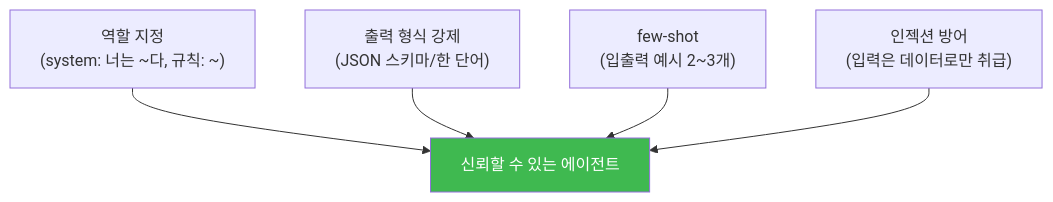
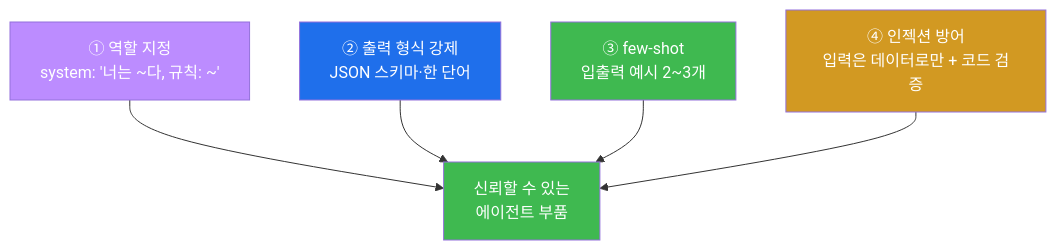
Before and after one commit to mrgrit/tw2: the first of 8 diagrams in contents/training/aisec/lecture_week03.md, drawn with Mermaid. The commit also changed other lines of this file and 304 other files, not shown here.

````diff
--- a/contents/training/aisec/lecture_week03.md
+++ b/contents/training/aisec/lecture_week03.md
@@ -56,8 +96,12 @@
 ```mermaid
 graph TD
-    A["역할 지정<br/>(system: 너는 ~다, 규칙: ~)"] --> OK["신뢰할 수 있는 에이전트"]
-    B["출력 형식 강제<br/>(JSON 스키마/한 단어)"] --> OK
-    C["few-shot<br/>(입출력 예시 2~3개)"] --> OK
-    D["인젝션 방어<br/>(입력은 데이터로만 취급)"] --> OK
+    A["① 역할 지정<br/>system: '너는 ~다, 규칙: ~'"] --> OK["신뢰할 수 있는<br/>에이전트 부품"]
+    B["② 출력 형식 강제<br/>JSON 스키마·한 단어"] --> OK
+    C["③ few-shot<br/>입출력 예시 2~3개"] --> OK
+    D["④ 인젝션 방어<br/>입력은 데이터로만 + 코드 검증"] --> OK
+    style A fill:#bc8cff,color:#fff
+    style B fill:#1f6feb,color:#fff
+    style C fill:#3fb950,color:#fff
+    style D fill:#d29922,color:#fff
     style OK fill:#3fb950,color:#fff
 ```
````
